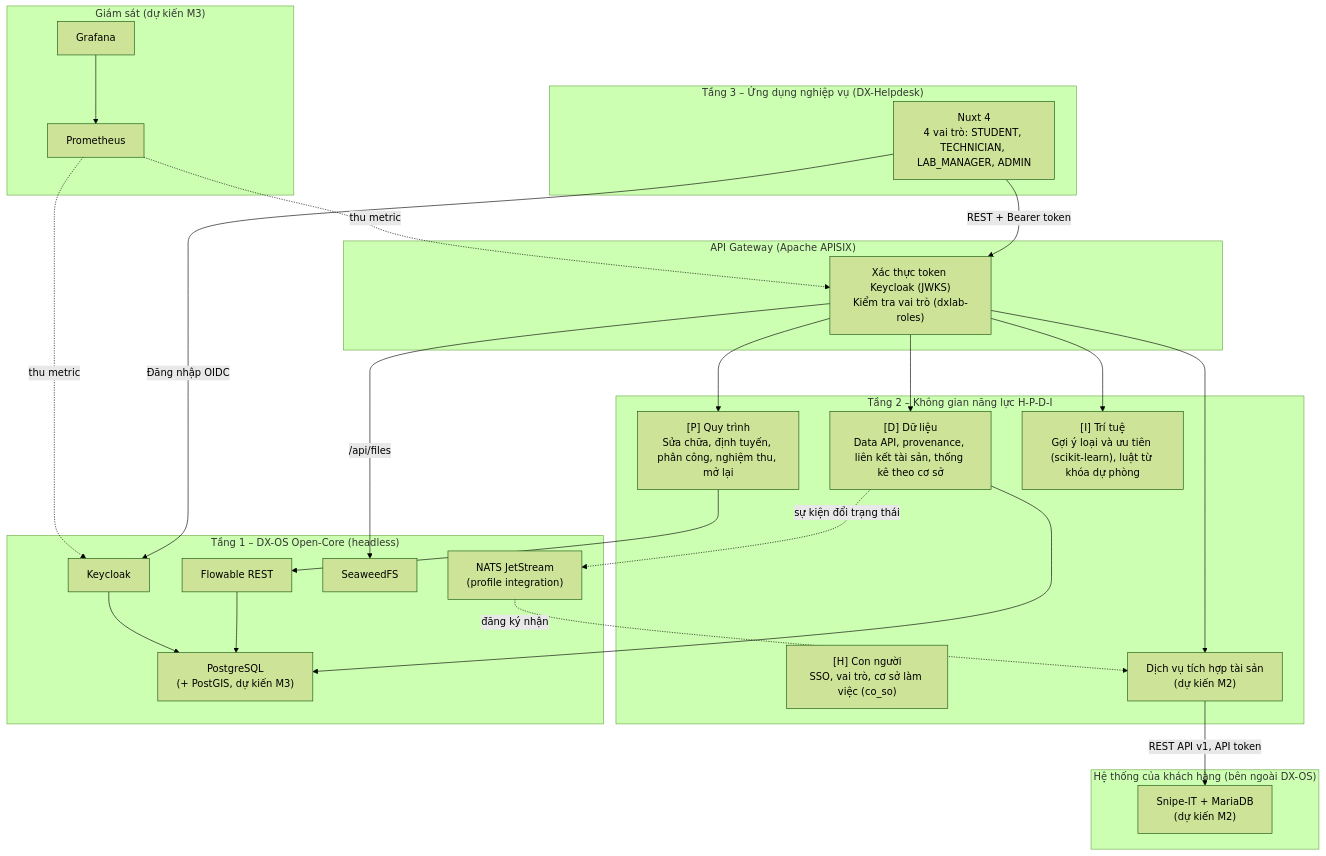
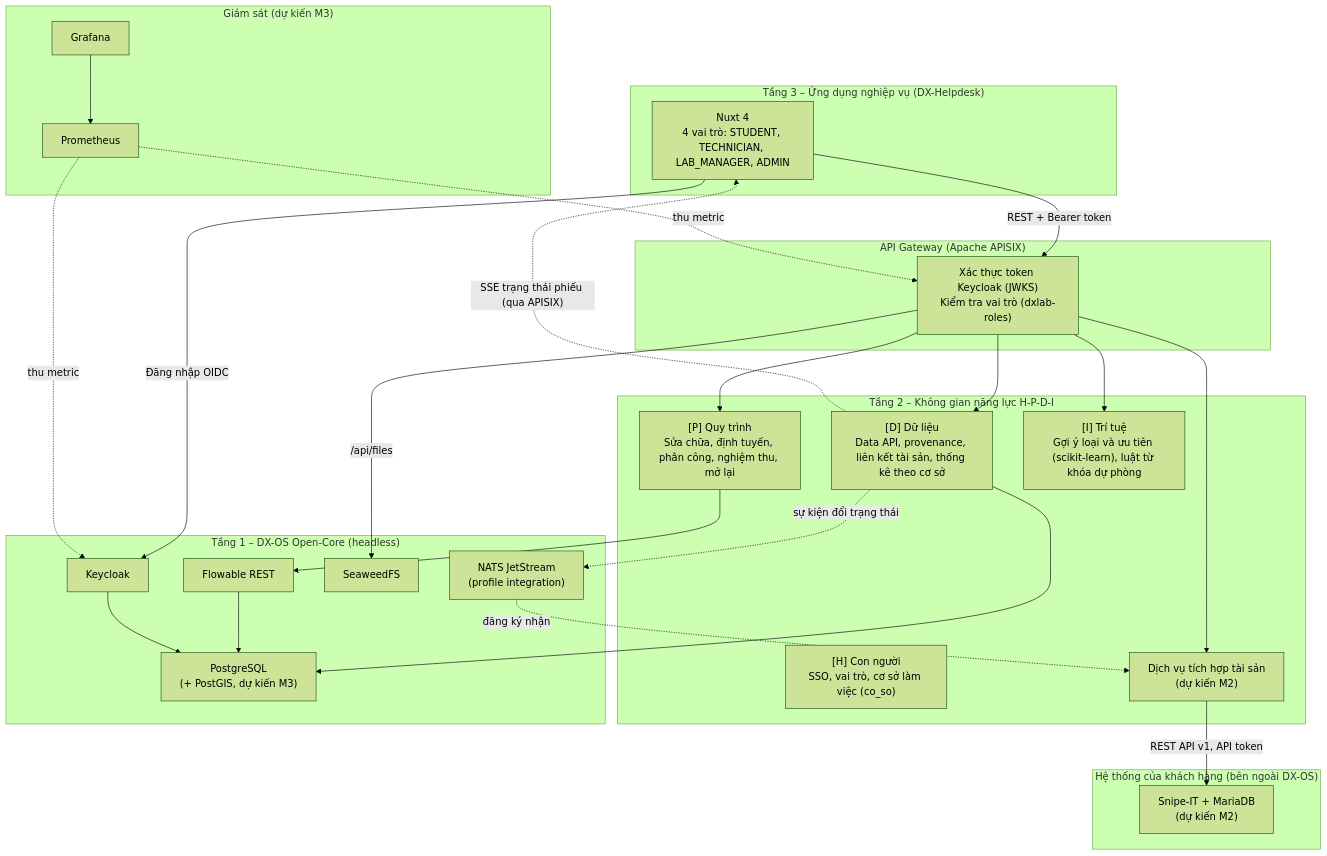
One commit to HaUI-Libre/dx-lab changed the first of 6 diagrams in docs/architecture.md. Above: the diagram before and after it, drawn with Mermaid (forest theme). The commit also changed other lines of this file and 11 other files, not shown here.

First line of the commit message:
feat(data): cập nhật trạng thái phiếu thời gian thực qua SSE (#125)

````diff
--- a/docs/architecture.md
+++ b/docs/architecture.md
@@ -21,53 +21,54 @@
 ```mermaid
 graph TD
     subgraph T3 ["Tầng 3 – Ứng dụng nghiệp vụ (DX-Helpdesk)"]
         UI["Nuxt 4<br/>4 vai trò: STUDENT, TECHNICIAN, LAB_MANAGER, ADMIN"]
     end
 
     subgraph T2 ["Tầng 2 – Không gian năng lực H-P-D-I"]
         H["[H] Con người<br/>SSO, vai trò, cơ sở làm việc (co_so)"]
         P["[P] Quy trình<br/>Sửa chữa, định tuyến, phân công, nghiệm thu, mở lại"]
         D["[D] Dữ liệu<br/>Data API, provenance, liên kết tài sản, thống kê theo cơ sở"]
         I["[I] Trí tuệ<br/>Gợi ý loại và ưu tiên (scikit-learn), luật từ khóa dự phòng"]
         ASSET["Dịch vụ tích hợp tài sản<br/>(dự kiến M2)"]
     end
 
     subgraph GW ["API Gateway (Apache APISIX)"]
         APISIX["Xác thực token Keycloak (JWKS)<br/>Kiểm tra vai trò (dxlab-roles)"]
     end
 
     subgraph T1 ["Tầng 1 – DX-OS Open-Core (headless)"]
         KC["Keycloak"]
         PG["PostgreSQL<br/>(+ PostGIS, dự kiến M3)"]
         FL["Flowable REST"]
         SW["SeaweedFS"]
         NATS["NATS JetStream<br/>(profile integration)"]
     end
 
     subgraph EXT ["Hệ thống của khách hàng (bên ngoài DX-OS)"]
         SNIPE["Snipe-IT + MariaDB<br/>(dự kiến M2)"]
     end
 
     subgraph MON ["Giám sát (dự kiến M3)"]
         PROM["Prometheus"]
         GRAF["Grafana"]
     end
 
     UI -->|"Đăng nhập OIDC"| KC
     UI -->|"REST + Bearer token"| APISIX
     APISIX --> D
     APISIX --> P
     APISIX --> I
     APISIX --> ASSET
     APISIX -->|"/api/files"| SW
     D --> PG
     P --> FL
     FL --> PG
     KC --> PG
     ASSET -->|"REST API v1, API token"| SNIPE
     D -.->|sự kiện đổi trạng thái| NATS
     NATS -.->|đăng ký nhận| ASSET
+    D -.->|"SSE trạng thái phiếu (qua APISIX)"| UI
     PROM -.->|thu metric| APISIX
     PROM -.->|thu metric| KC
     GRAF --> PROM
 ```
````
